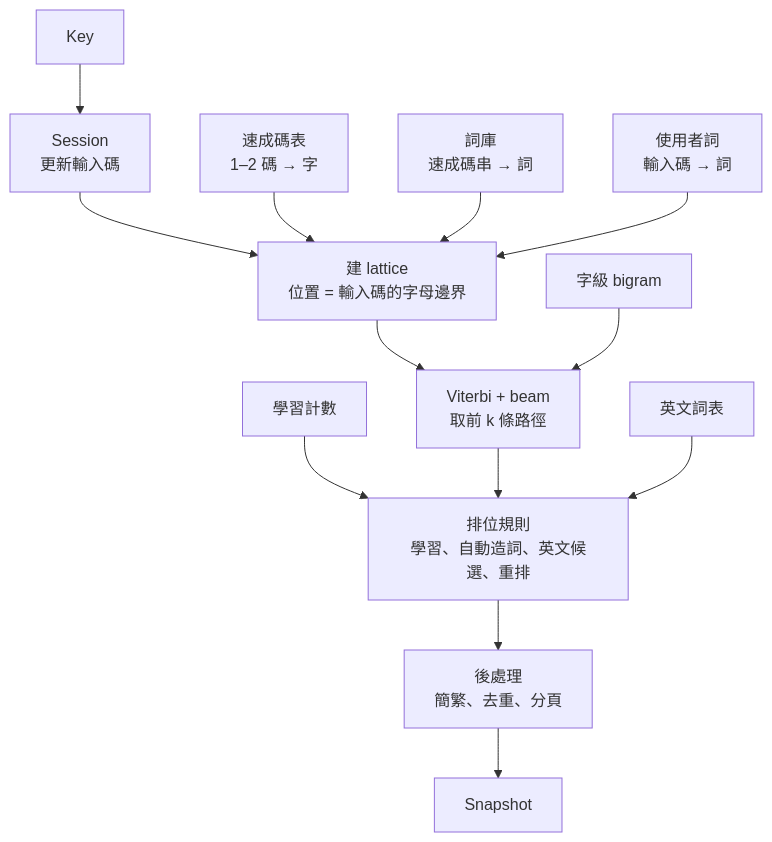
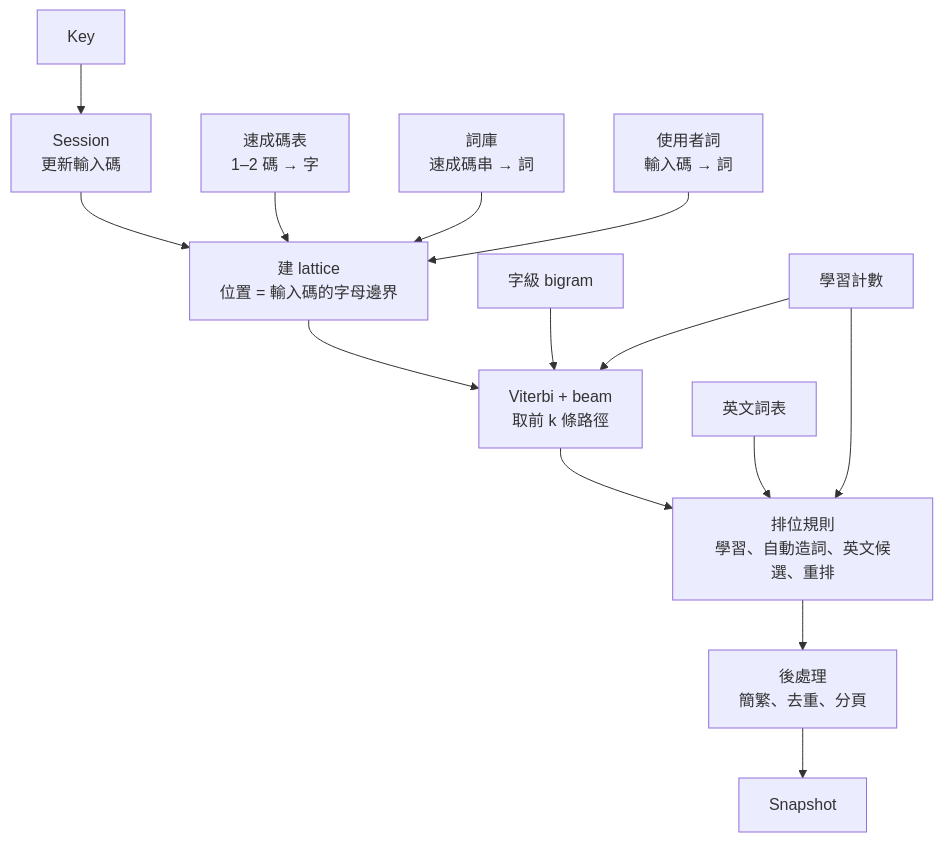
One commit to 1morr/QIM changed the second of 2 diagrams in docs/plan.md. Above: the diagram before and after it, drawn with Mermaid. The commit also changed other lines of this file and 7 other files, not shown here.

````diff
--- a/docs/plan.md
+++ b/docs/plan.md
@@ -147,15 +154,16 @@
 ```mermaid
 flowchart TB
   K["Key"] --> S["Session<br/>更新輸入碼"]
   S --> L["建 lattice<br/>位置 = 輸入碼的字母邊界"]
   CT["速成碼表<br/>1–2 碼 → 字"] --> L
   LX["詞庫<br/>速成碼串 → 詞"] --> L
   UW["使用者詞<br/>輸入碼 → 詞"] --> L
   L --> V["Viterbi + beam<br/>取前 k 條路徑"]
   LM["字級 bigram"] --> V
-  UM["學習計數"] --> R
+  UM["學習計數"] --> V
+  UM --> R
   V --> R["排位規則<br/>學習、自動造詞、英文候選、重排"]
   EN["英文詞表"] --> R
   R --> P["後處理<br/>簡繁、去重、分頁"]
   P --> SN["Snapshot"]
 ```
````
